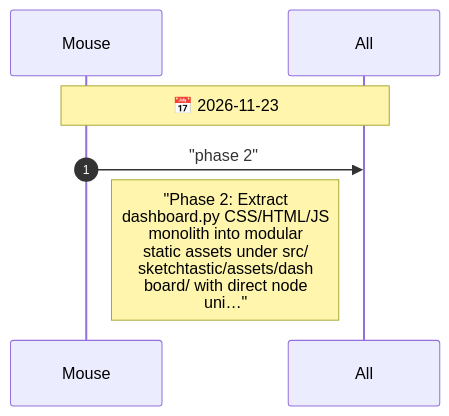
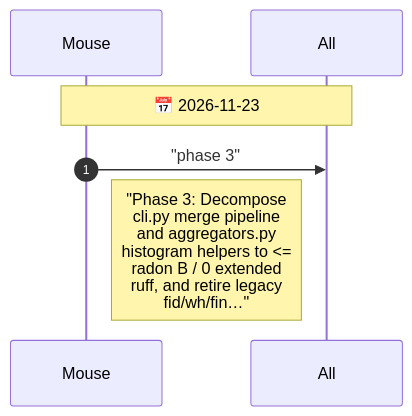
One commit to drusifer/sketch-tastic changed the fourth of 4 diagrams in agents/CHAT.diagram.md. Above: the diagram before and after it, drawn with Mermaid. The commit also changed other lines of this file and 20 other files, not shown here.

First line of the commit message:
refactor(dashboard): extract modular offline dashboard assets and add node JS unit tests

````diff
--- a/agents/CHAT.diagram.md
+++ b/agents/CHAT.diagram.md
@@ -225,10 +264,10 @@
 ```mermaid
 %%{init: {"sequence": {"messageFontSize": 14, "noteFontSize": 18, "actorFontSize": 14}}}%%
 sequenceDiagram
     autonumber
     participant Mouse
     participant All
     Note over Mouse,All: 📅 2026-11-23
-    Mouse->>All: "phase 2"
-    Note right of Mouse: "Phase 2: Extract<br/>dashboard.py CSS/HTML/JS<br/>monolith into modular<br/>static assets under src/<br/>sketchtastic/assets/dash<br/>board/ with direct node<br/>uni…"
+    Mouse->>All: "phase 3"
+    Note right of Mouse: "Phase 3: Decompose<br/>cli.py merge pipeline<br/>and aggregators.py<br/>histogram helpers to <=<br/>radon B / 0 extended<br/>ruff, and retire legacy<br/>fid/wh/fin…"
 ```
````
